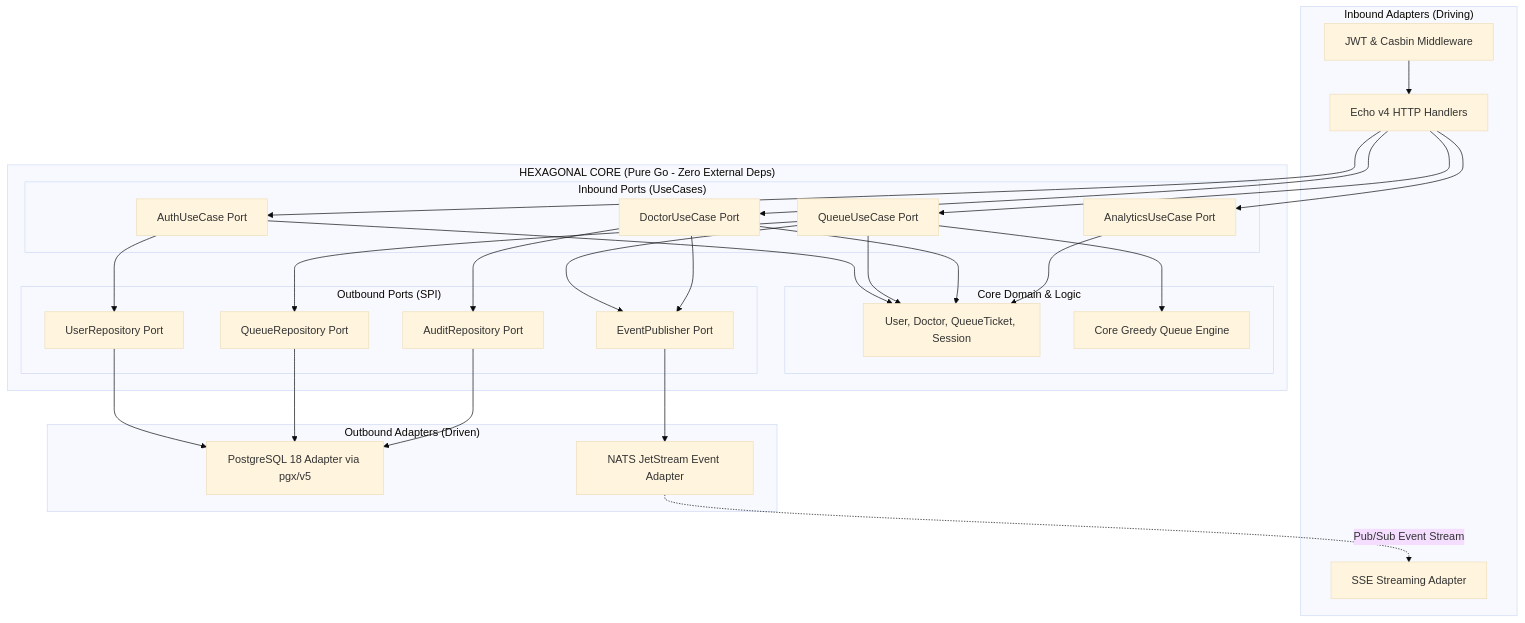
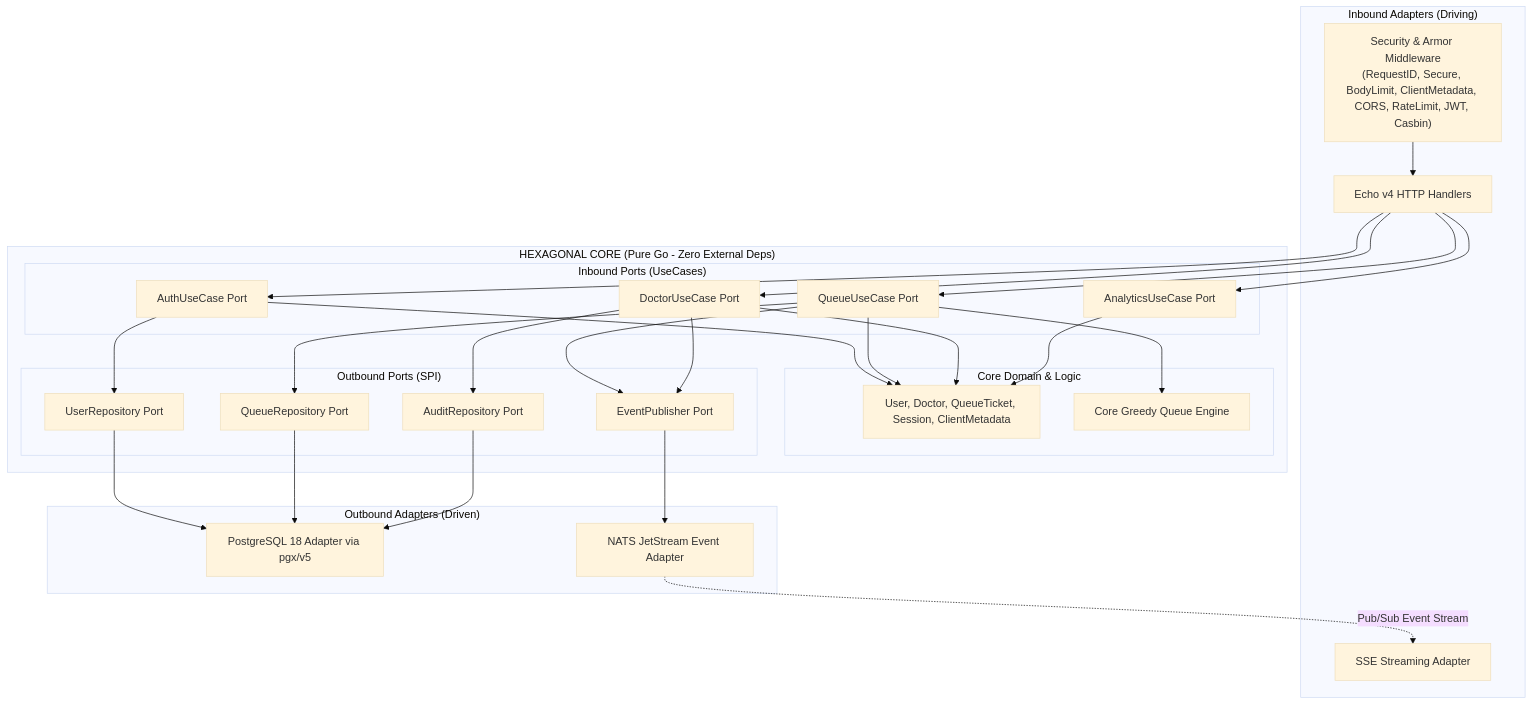
Before and after one commit to Ahmad-mufied/clinic-queue: the first of 4 diagrams in docs/tech/ARCH.md, drawn with Mermaid (base theme). The commit also changed other lines of this file and 8 other files, not shown here.

Commit message:
docs(security): add dedicated technical specification for token bucket rate limiting, security armor, and update env template

````diff
--- a/docs/tech/ARCH.md
+++ b/docs/tech/ARCH.md
@@ -14,58 +14,58 @@
 ```mermaid
 flowchart TD
     subgraph InboundAdapters["Inbound Adapters (Driving)"]
         HTTP[Echo v4 HTTP Handlers]
         SSE_ADAPTER[SSE Streaming Adapter]
-        MW[JWT & Casbin Middleware]
+        MW["Security & Armor Middleware\n(RequestID, Secure, BodyLimit, ClientMetadata, CORS, RateLimit, JWT, Casbin)"]
     end
 
     subgraph HexagonalCore["HEXAGONAL CORE (Pure Go - Zero External Deps)"]
         subgraph InboundPorts["Inbound Ports (UseCases)"]
             AuthUC[AuthUseCase Port]
             QueueUC[QueueUseCase Port]
             DoctorUC[DoctorUseCase Port]
             AnalyticsUC[AnalyticsUseCase Port]
         end
         
         subgraph Domain["Core Domain & Logic"]
-            Entities[User, Doctor, QueueTicket, Session]
+            Entities[User, Doctor, QueueTicket, Session, ClientMetadata]
             Engine[Core Greedy Queue Engine]
         end
 
         subgraph OutboundPorts["Outbound Ports (SPI)"]
             UserRepoPort[UserRepository Port]
             QueueRepoPort[QueueRepository Port]
             EventPubPort[EventPublisher Port]
             AuditPort[AuditRepository Port]
         end
     end
 
     subgraph OutboundAdapters["Outbound Adapters (Driven)"]
         PG_REPO[PostgreSQL 18 Adapter via pgx/v5]
         NATS_PUB[NATS JetStream Event Adapter]
     end
 
     HTTP --> AuthUC
     HTTP --> QueueUC
     HTTP --> DoctorUC
     HTTP --> AnalyticsUC
     MW --> HTTP
 
     AuthUC --> Entities
     QueueUC --> Engine
     QueueUC --> Entities
     DoctorUC --> Entities
     AnalyticsUC --> Entities
 
     AuthUC --> UserRepoPort
     QueueUC --> QueueRepoPort
     QueueUC --> EventPubPort
     DoctorUC --> EventPubPort
     DoctorUC --> AuditPort
 
     UserRepoPort --> PG_REPO
     QueueRepoPort --> PG_REPO
     AuditPort --> PG_REPO
     EventPubPort --> NATS_PUB
     NATS_PUB -.->|Pub/Sub Event Stream| SSE_ADAPTER
 ```
````
